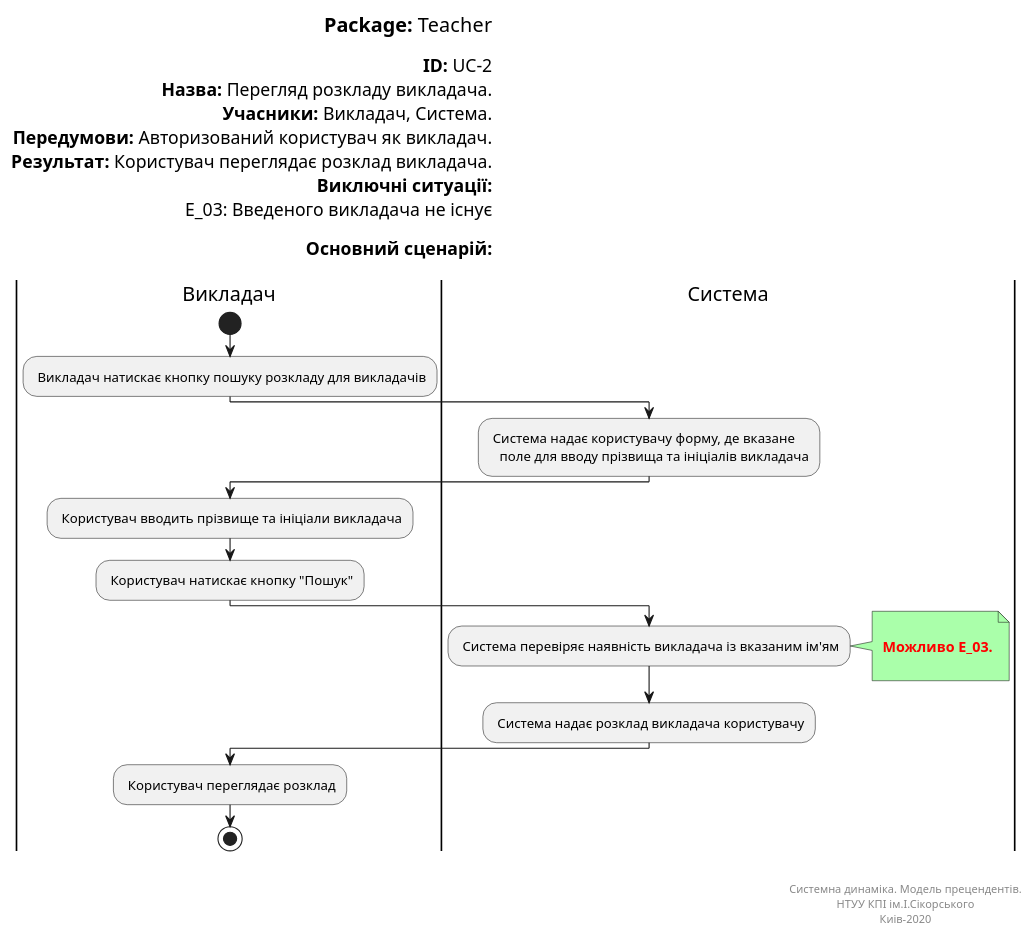
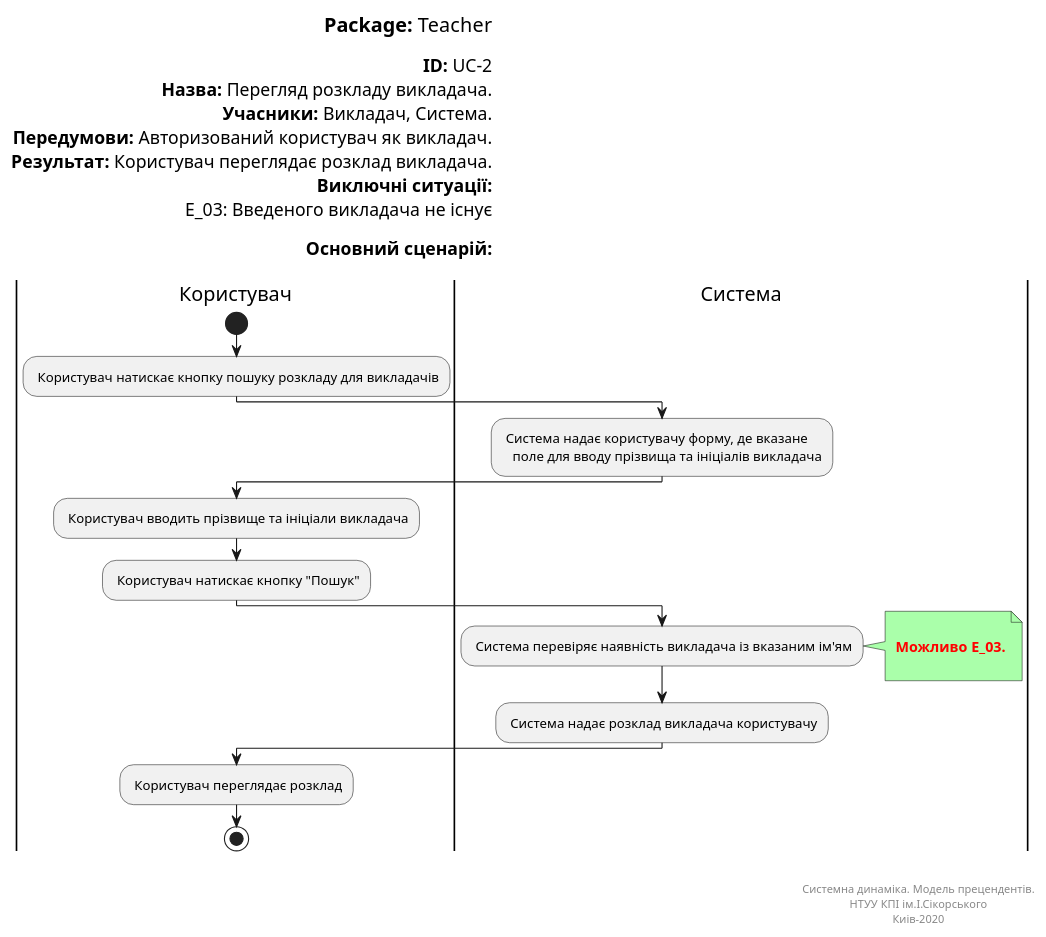
One commit to vladlinu/TeamOne changed the diagram in docs/UML_Diagrams/scenarios/teacher/diagrams/UC_2.pu. Above: the diagram before and after it, drawn with PlantUML.

```diff
--- a/docs/UML_Diagrams/scenarios/teacher/diagrams/UC_2.pu
+++ b/docs/UML_Diagrams/scenarios/teacher/diagrams/UC_2.pu
@@ -1,53 +1,53 @@
 @startuml
 left header
 <font color=000 size=18><b>Package:</b> Teacher
 
 <font color=000 size=16><b>ID:</b> UC-2
 <font color=000 size=16><b>Назва:</b> Перегляд розкладу викладача.
 <font color=000 size=16><b>Учасники:</b> Викладач, Система.
 <font color=000 size=16><b>Передумови:</b> Авторизований користувач як викладач.
 <font color=000 size=16><b>Результат:</b> Користувач переглядає розклад викладача.
 <font color=000 size=16><b>Виключні ситуації:</b>
 <font color=000 size=16> E_03: Введеного викладача не існує
 
 <font color=000 size=16><b>Основний сценарій:</b>
 
 end header
 
-|Викладач|
+|Користувач|
 start
-: Викладач натискає кнопку пошуку розкладу для викладачів;
+: Користувач натискає кнопку пошуку розкладу для викладачів;
 
 |Система|
 : Система надає користувачу форму, де вказане
    поле для вводу прізвища та ініціалів викладача;
 
-|Викладач|
+|Користувач|
 : Користувач вводить прізвище та ініціали викладача;   
 
 : Користувач натискає кнопку "Пошук";
 
 |Система|
 : Система перевіряє наявність викладача із вказаним ім'ям;
 note right #aaffaa
 
 <font color=red><b> Можливо E_03.
 
 end note
 
 : Система надає розклад викладача користувачу;
 
-|Викладач|
+|Користувач|
 
 : Користувач переглядає розклад;
 
 stop;
 
 right footer
 
 
 Системна динаміка. Модель прецендентів.
 НТУУ КПІ ім.І.Сікорського
 Киів-2020
 end footer
 @enduml
```
